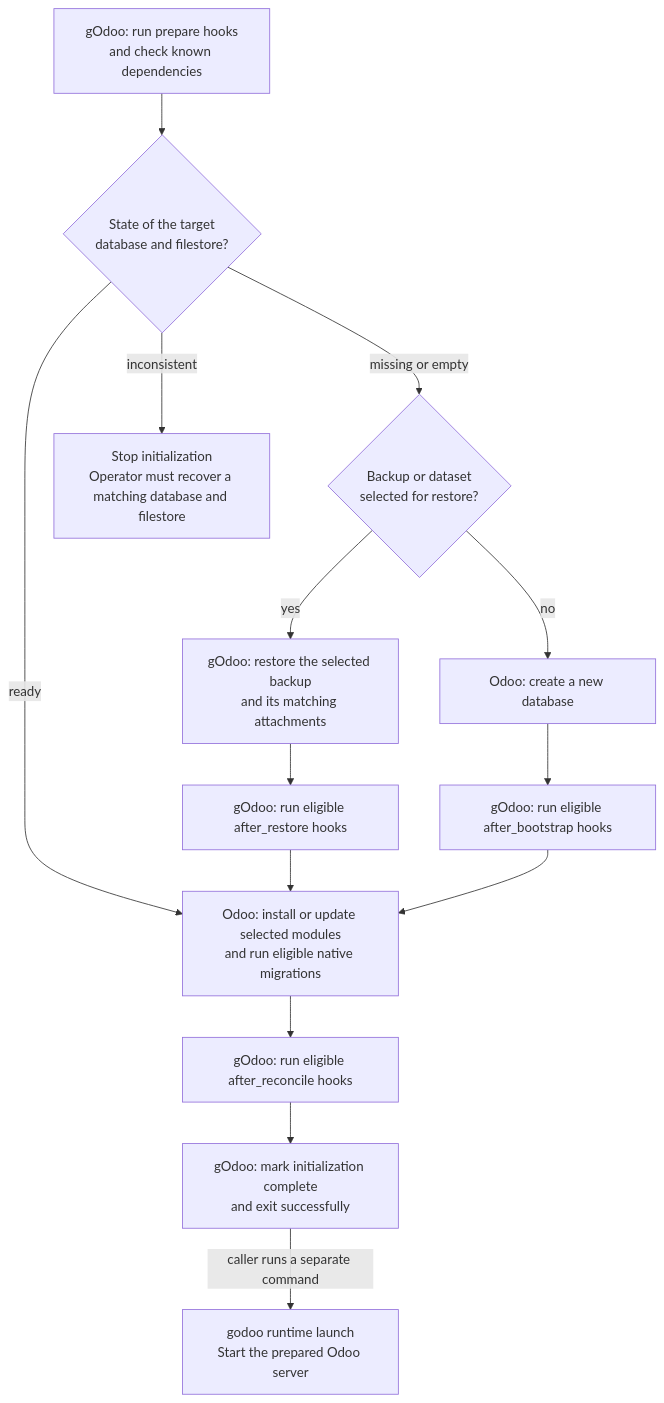
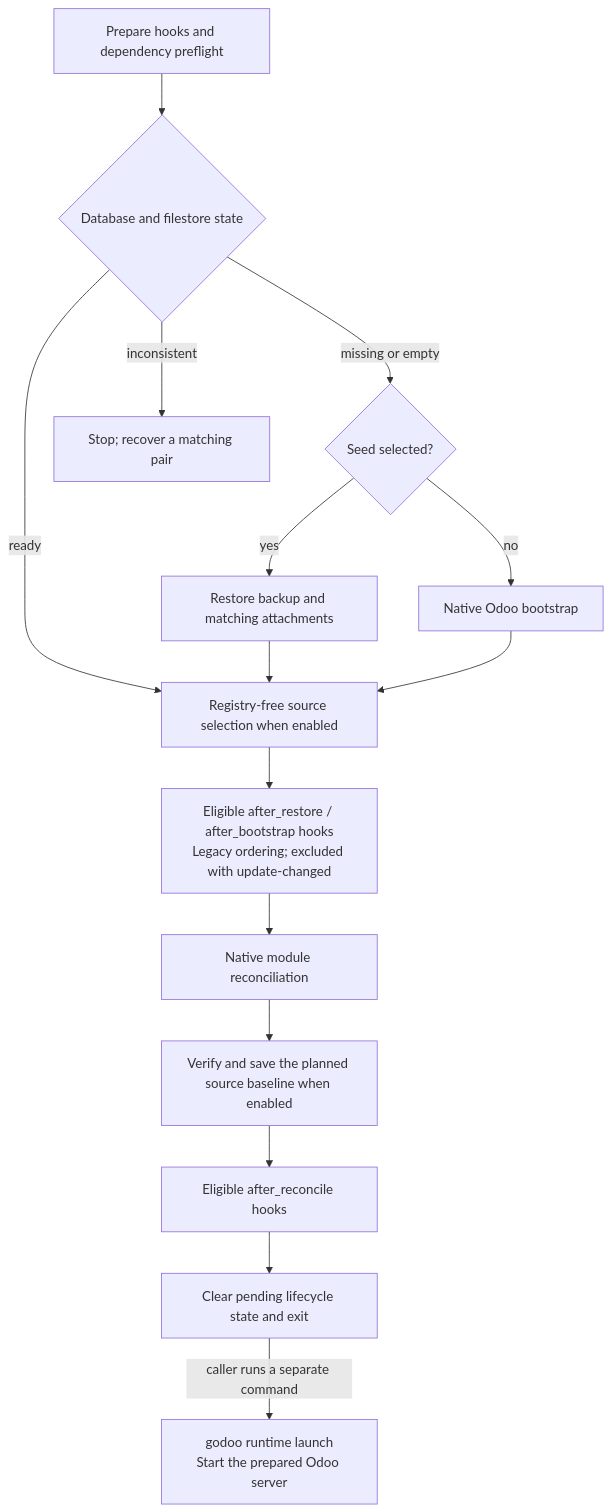
Before and after one commit to OpenJKSoftware/gOdoo: the first of 3 diagrams in docs/lifecycle.md, drawn with Mermaid. The commit also changed other lines of this file and 8 other files, not shown here.

First line of the commit message:
✨ Runtime: update modules when source checksums change

````diff
--- a/docs/lifecycle.md
+++ b/docs/lifecycle.md
@@ -38,16 +38,17 @@
 ```mermaid
 flowchart TD
-    Prepare["gOdoo: run prepare hooks<br/>and check known dependencies"] --> State{"State of the target<br/>database and filestore?"}
-    State -->|ready| Reconcile["Odoo: install or update selected modules<br/>and run eligible native migrations"]
-    State -->|missing or empty| Seed{"Backup or dataset<br/>selected for restore?"}
-    State -->|inconsistent| Stop["Stop initialization<br/>Operator must recover a matching database and filestore"]
-    Seed -->|yes| Restore["gOdoo: restore the selected backup<br/>and its matching attachments"]
-    Seed -->|no| Bootstrap["Odoo: create a new database"]
-    Restore --> Restored["gOdoo: run eligible after_restore hooks"]
-    Bootstrap --> Bootstrapped["gOdoo: run eligible after_bootstrap hooks"]
-    Restored --> Reconcile
-    Bootstrapped --> Reconcile
-    Reconcile --> Finalize["gOdoo: run eligible after_reconcile hooks"]
-    Finalize --> Ready["gOdoo: mark initialization complete<br/>and exit successfully"]
+    Prepare["Prepare hooks and dependency preflight"] --> State{"Database and filestore state"}
+    State -->|ready| Plan["Registry-free source selection when enabled"]
+    State -->|missing or empty| Seed{"Seed selected?"}
+    State -->|inconsistent| Stop["Stop; recover a matching pair"]
+    Seed -->|yes| Restore["Restore backup and matching attachments"]
+    Seed -->|no| Bootstrap["Native Odoo bootstrap"]
+    Restore --> Plan
+    Bootstrap --> Plan
+    Plan --> OutcomeHooks["Eligible after_restore / after_bootstrap hooks<br/>Legacy ordering; excluded with update-changed"]
+    OutcomeHooks --> Reconcile["Native module reconciliation"]
+    Reconcile --> Baseline["Verify and save the planned source baseline when enabled"]
+    Baseline --> Finalize["Eligible after_reconcile hooks"]
+    Finalize --> Ready["Clear pending lifecycle state and exit"]
     Ready -->|caller runs a separate command| Launch["godoo runtime launch<br/>Start the prepared Odoo server"]
 ```
````
